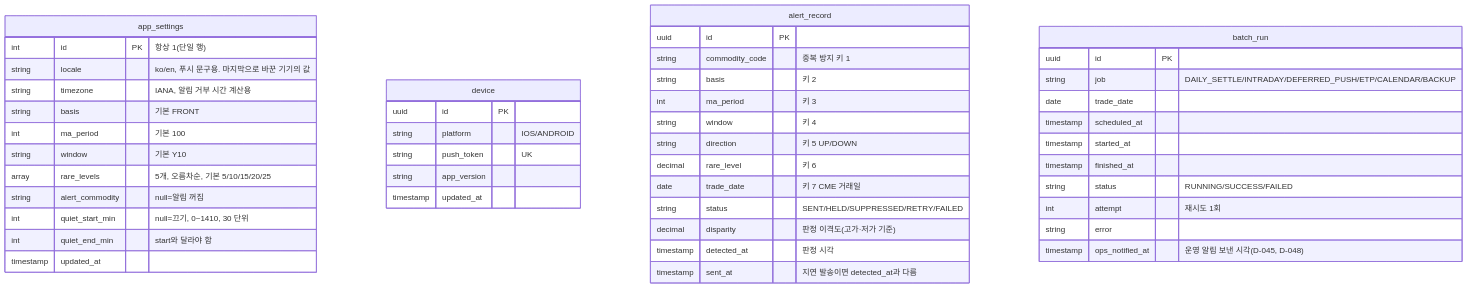
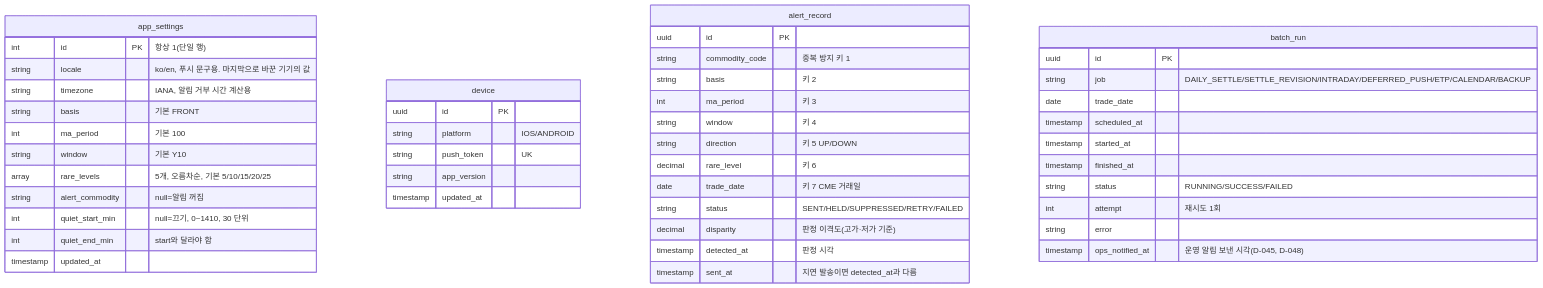
Before and after one commit to seyoun10/futureETP: the third of 3 diagrams in docs/data-model.md, drawn with Mermaid. The commit also changed other lines of this file and 13 other files, not shown here.

Commit message:
feat: add DAILY_SETTLE and SETTLE_REVISION jobs with fake settlement source (D-071)

````diff
--- a/docs/data-model.md
+++ b/docs/data-model.md
@@ -232,49 +232,49 @@
 ```mermaid
 erDiagram
     app_settings {
         int id PK "항상 1(단일 행)"
         string locale "ko/en, 푸시 문구용. 마지막으로 바꾼 기기의 값"
         string timezone "IANA, 알림 거부 시간 계산용"
         string basis "기본 FRONT"
         int ma_period "기본 100"
         string window "기본 Y10"
         array rare_levels "5개, 오름차순, 기본 5/10/15/20/25"
         string alert_commodity "null=알림 꺼짐"
         int quiet_start_min "null=끄기, 0~1410, 30 단위"
         int quiet_end_min "start와 달라야 함"
         timestamp updated_at
     }
     device {
         uuid id PK
         string platform "IOS/ANDROID"
         string push_token "UK"
         string app_version
         timestamp updated_at
     }
     alert_record {
         uuid id PK
         string commodity_code "중복 방지 키 1"
         string basis "키 2"
         int ma_period "키 3"
         string window "키 4"
         string direction "키 5 UP/DOWN"
         decimal rare_level "키 6"
         date trade_date "키 7 CME 거래일"
         string status "SENT/HELD/SUPPRESSED/RETRY/FAILED"
         decimal disparity "판정 이격도(고가·저가 기준)"
         timestamp detected_at "판정 시각"
         timestamp sent_at "지연 발송이면 detected_at과 다름"
     }
     batch_run {
         uuid id PK
-        string job "DAILY_SETTLE/INTRADAY/DEFERRED_PUSH/ETP/CALENDAR/BACKUP"
+        string job "DAILY_SETTLE/SETTLE_REVISION/INTRADAY/DEFERRED_PUSH/ETP/CALENDAR/BACKUP"
         date trade_date
         timestamp scheduled_at
         timestamp started_at
         timestamp finished_at
         string status "RUNNING/SUCCESS/FAILED"
         int attempt "재시도 1회"
         string error
         timestamp ops_notified_at "운영 알림 보낸 시각(D-045, D-048)"
     }
 ```
````
